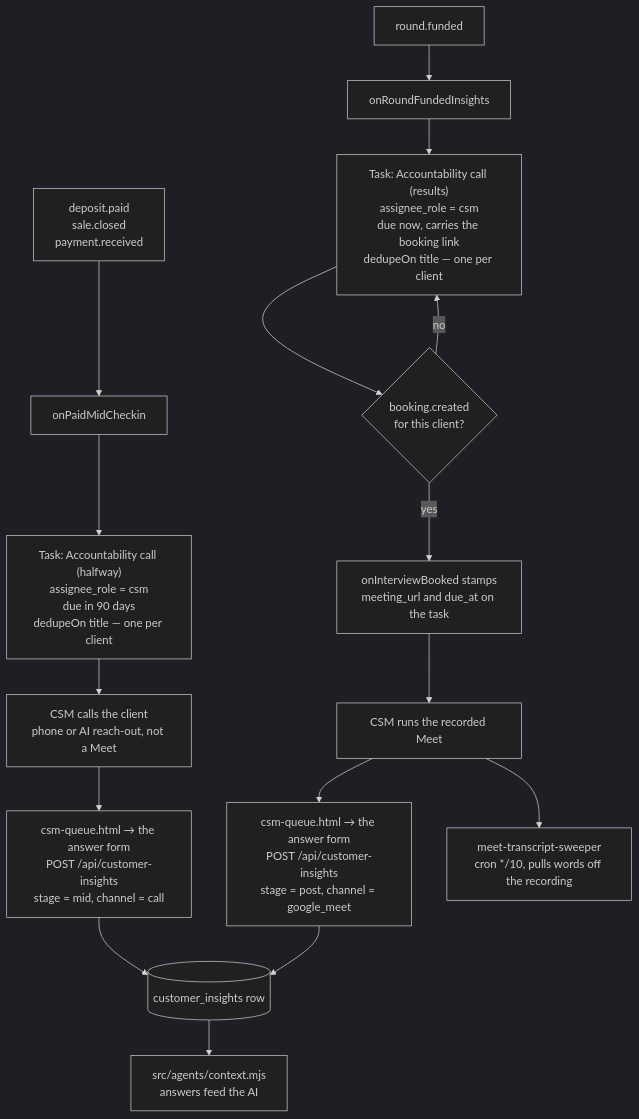
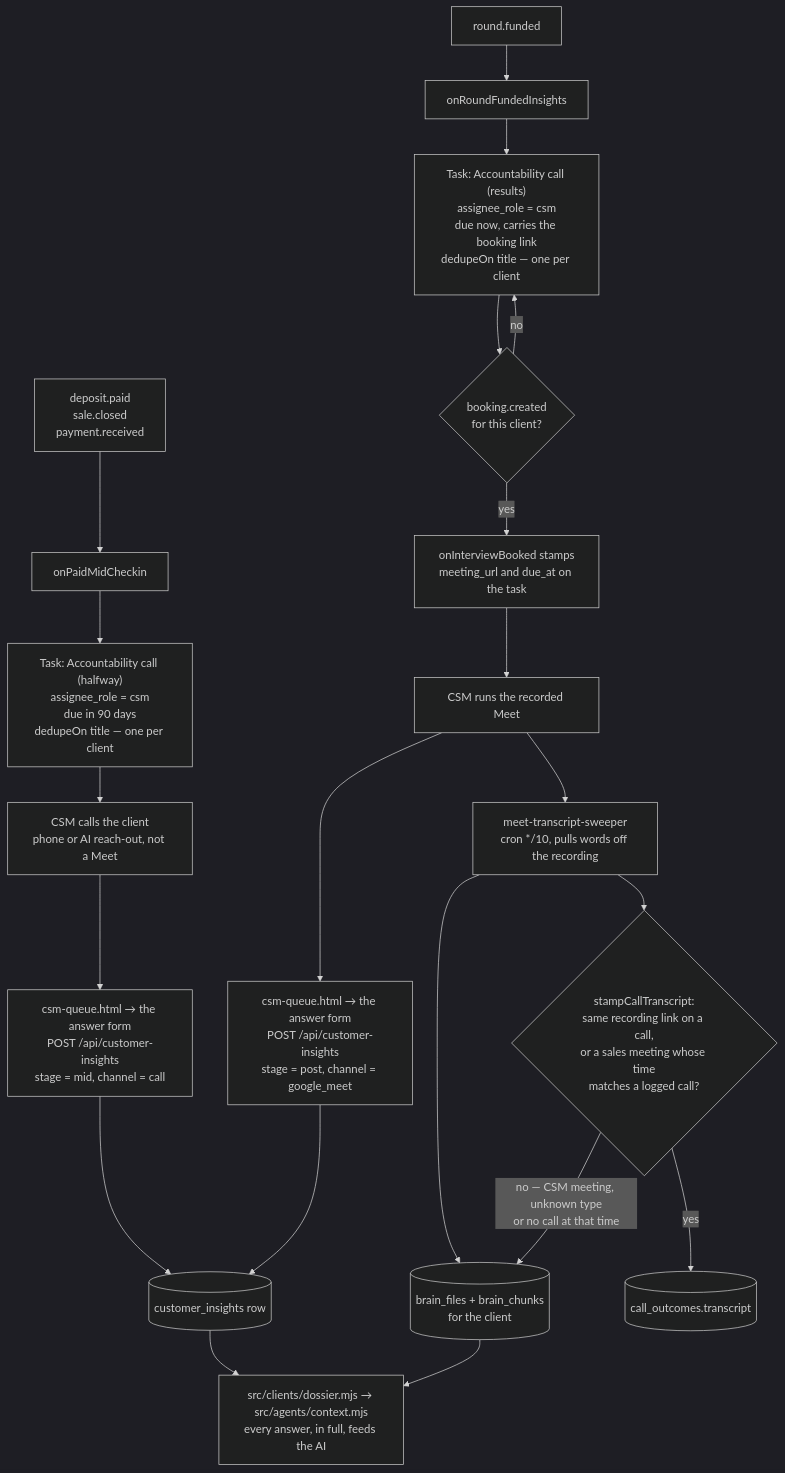
One commit to ZootimusMaximusSupreme/Fundhub_ai changed the first of 3 diagrams in docs/journeys/role-csm-actual.md. Above: the diagram before and after it, drawn with Mermaid (dark theme). The commit also changed other lines of this file and 14 other files, not shown here.

First line of the commit message:
M0 step 9: the full client dossier for every agent

````diff
--- a/docs/journeys/role-csm-actual.md
+++ b/docs/journeys/role-csm-actual.md
@@ -31,20 +31,25 @@
 ```mermaid
 flowchart TD
     A["deposit.paid<br/>sale.closed<br/>payment.received"] --> B[onPaidMidCheckin]
     B --> C["Task: Accountability call (halfway)<br/>assignee_role = csm<br/>due in 90 days<br/>dedupeOn title — one per client"]
     C --> D[CSM calls the client<br/>phone or AI reach-out, not a Meet]
 
     E[round.funded] --> F[onRoundFundedInsights]
     F --> G["Task: Accountability call (results)<br/>assignee_role = csm<br/>due now, carries the booking link<br/>dedupeOn title — one per client"]
     G --> H{booking.created<br/>for this client?}
     H -->|yes| I[onInterviewBooked stamps<br/>meeting_url and due_at on the task]
     H -->|no| G
     I --> J[CSM runs the recorded Meet]
 
     D --> K["csm-queue.html → the answer form<br/>POST /api/customer-insights<br/>stage = mid, channel = call"]
     J --> L["csm-queue.html → the answer form<br/>POST /api/customer-insights<br/>stage = post, channel = google_meet"]
     K --> M[(customer_insights row)]
     L --> M
-    M --> N[src/agents/context.mjs<br/>answers feed the AI]
+    M --> N[src/clients/dossier.mjs → src/agents/context.mjs<br/>every answer, in full, feeds the AI]
     J --> O[meet-transcript-sweeper<br/>cron */10, pulls words off the recording]
+    O --> P[(brain_files + brain_chunks<br/>for the client)]
+    O --> Q{stampCallTranscript:<br/>same recording link on a call,<br/>or a sales meeting whose time<br/>matches a logged call?}
+    Q -->|yes| R[(call_outcomes.transcript)]
+    Q -->|"no — CSM meeting, unknown type<br/>or no call at that time"| P
+    P --> N
 ```
````
